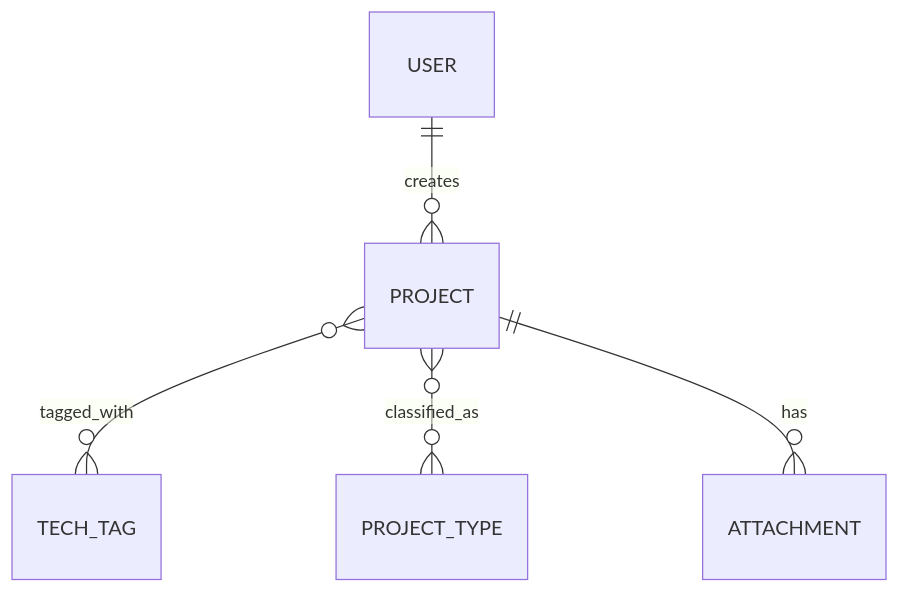
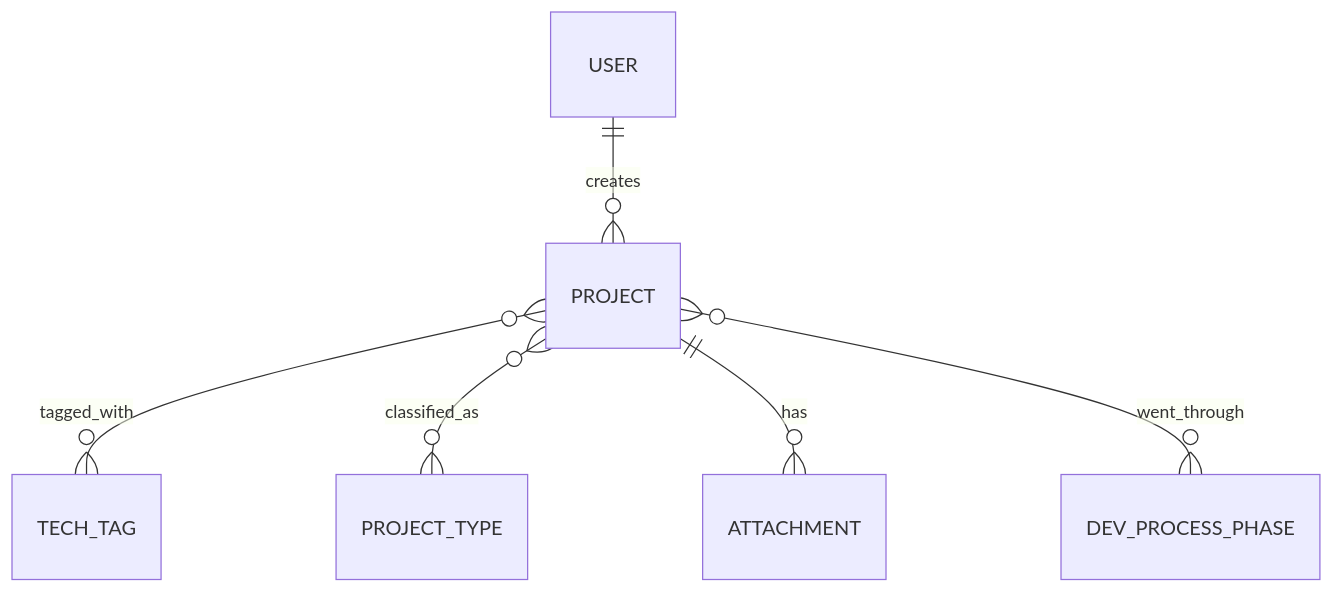
One commit to cacom127/project-track-management changed the diagram in specs/data-model.md. Above: the diagram before and after it, drawn with Mermaid. The commit also changed other lines of this file and 23 other files, not shown here.

````diff
--- a/specs/data-model.md
+++ b/specs/data-model.md
@@ -19,7 +19,8 @@
 ```mermaid
 erDiagram
     USER ||--o{ PROJECT : creates
     PROJECT }o--o{ TECH_TAG : tagged_with
     PROJECT }o--o{ PROJECT_TYPE : classified_as
     PROJECT ||--o{ ATTACHMENT : has
+    PROJECT }o--o{ DEV_PROCESS_PHASE : went_through
 ```
````
